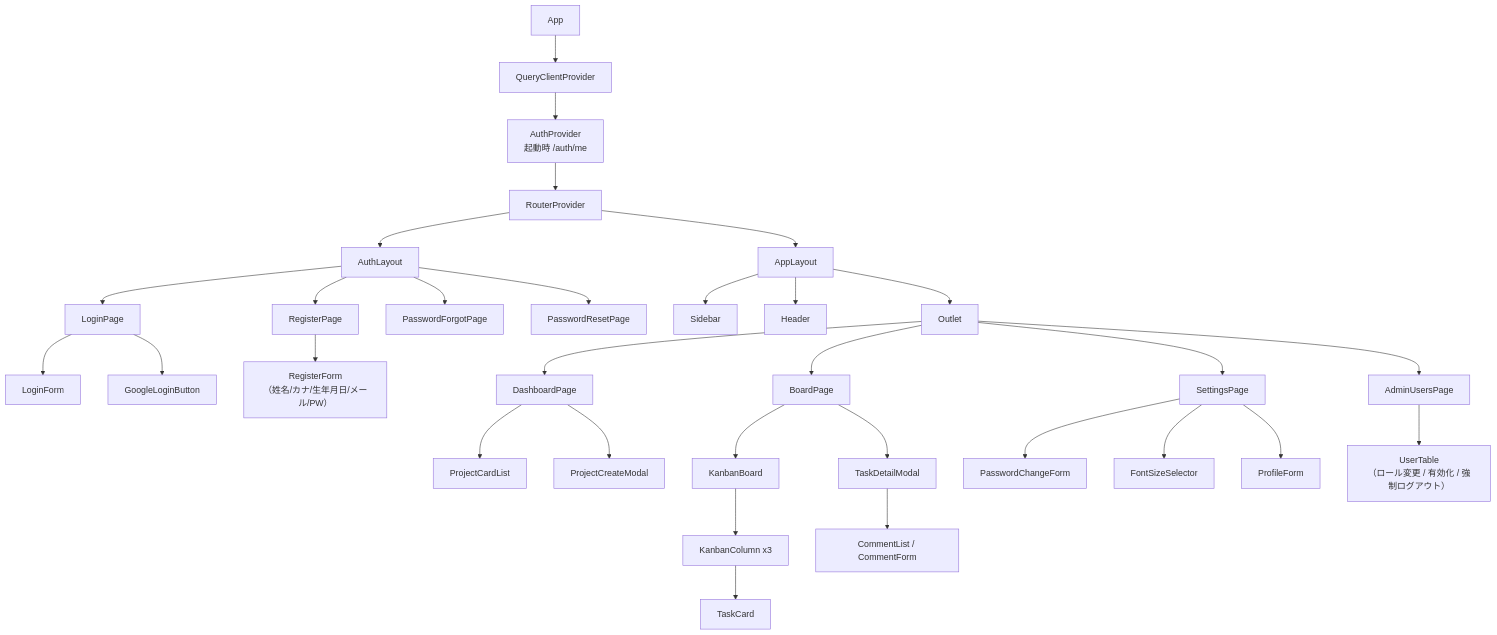
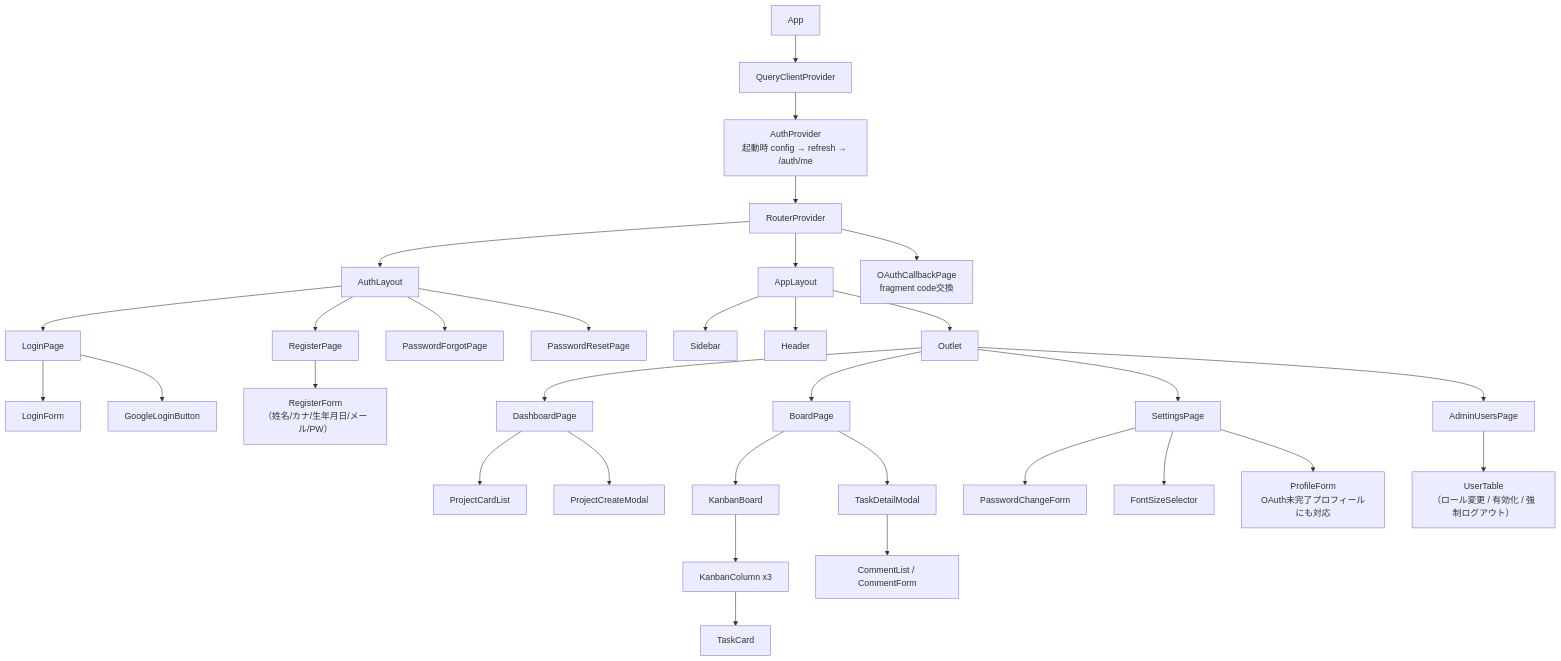
The second of 7 diagrams in basic_design/05_frontend.md (oikawa-d/task_management), drawn with Mermaid before and after one commit. The commit also changed other lines of this file and 15 other files, not shown here.

````diff
--- a/basic_design/05_frontend.md
+++ b/basic_design/05_frontend.md
@@ -143,39 +141,41 @@
 ```mermaid
 flowchart TB
     APP["App"] --> QP["QueryClientProvider"]
-    QP --> AP["AuthProvider<br/>起動時 /auth/me"]
+    QP --> AP["AuthProvider<br/>起動時 config → refresh → /auth/me"]
     AP --> RT["RouterProvider"]
 
     RT --> AL["AuthLayout"]
     RT --> APL["AppLayout"]
 
     AL --> LP["LoginPage"]
     AL --> RP["RegisterPage"]
     AL --> FP["PasswordForgotPage"]
     AL --> RSP["PasswordResetPage"]
 
     LP --> LF["LoginForm"]
     LP --> GB["GoogleLoginButton"]
     RP --> RF["RegisterForm<br/>（姓名/カナ/生年月日/メール/PW）"]
 
     APL --> SB["Sidebar"]
     APL --> HD["Header"]
     APL --> OUT["Outlet"]
 
     OUT --> DP["DashboardPage"]
     OUT --> BP["BoardPage"]
     OUT --> SP["SettingsPage"]
     OUT --> AUP["AdminUsersPage"]
 
+    RT --> OCP["OAuthCallbackPage<br/>fragment code交換"]
+
     DP --> PCL["ProjectCardList"]
     DP --> PCM["ProjectCreateModal"]
     BP --> KB["KanbanBoard"]
     KB --> KC["KanbanColumn x3"]
     KC --> TC["TaskCard"]
     BP --> TDM["TaskDetailModal"]
     TDM --> CL["CommentList / CommentForm"]
     SP --> PWF["PasswordChangeForm"]
     SP --> FSS["FontSizeSelector"]
-    SP --> PRF["ProfileForm"]
+    SP --> PRF["ProfileForm<br/>OAuth未完了プロフィールにも対応"]
     AUP --> UT["UserTable<br/>（ロール変更 / 有効化 / 強制ログアウト）"]
 ```
````
